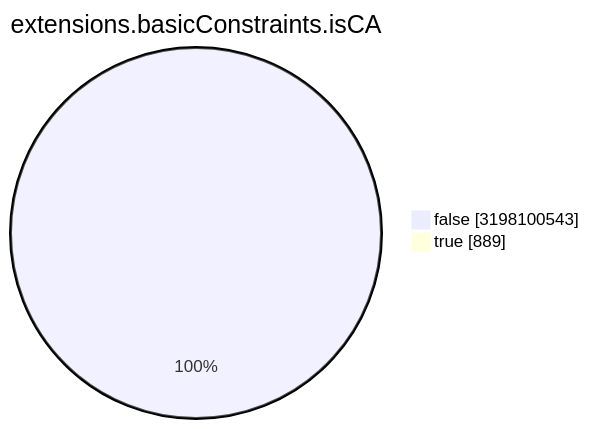
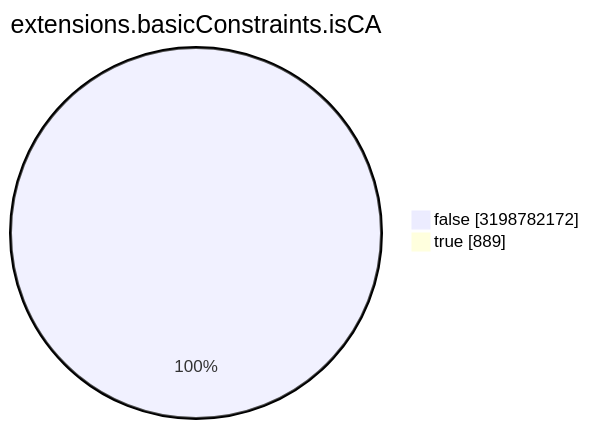
The seventh of 15 diagrams in TOTAL/README.md (christiankrug/ctmonitor_visualization), drawn with Mermaid before and after one commit. The commit also changed other lines of this file, not shown here.

````diff
--- a/TOTAL/README.md
+++ b/TOTAL/README.md
@@ -3088,6 +3088,6 @@
 ```mermaid
 pie showData
 title extensions.basicConstraints.isCA
-"false" :3198100543
+"false" :3198782172
 "true" :889
 ```
````
